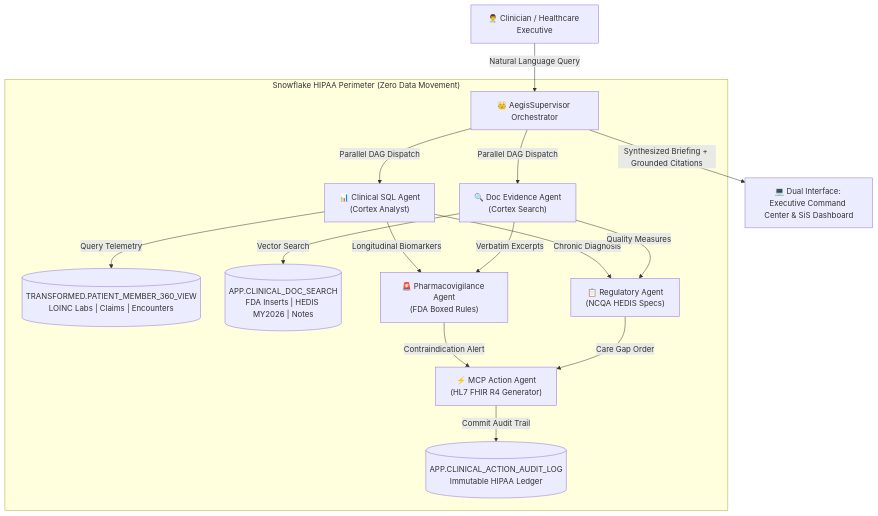
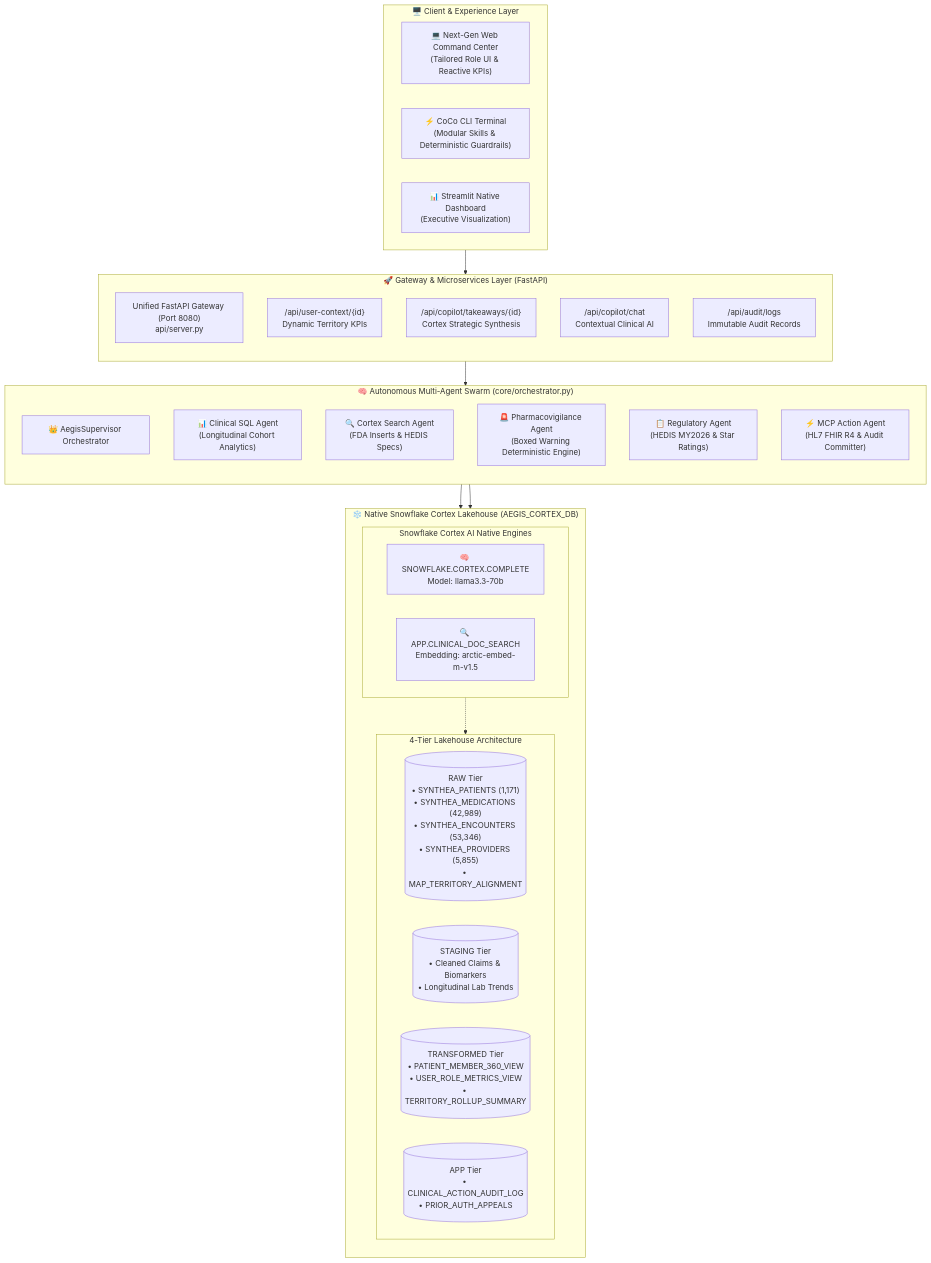
Before and after one commit to 5h1v4n5h/SNOW-COCO: the first of 2 diagrams in Readme.md, drawn with Mermaid. The commit also changed other lines of this file and 33 other files, not shown here.

Commit message:
feat: clean production release with multi-agent architecture, live demo, and deployment guide

````diff
--- a/Readme.md
+++ b/Readme.md
@@ -43,25 +45,48 @@
 ```mermaid
-graph TD
-    User["👨‍⚕️ Clinician / Healthcare Executive"] -->|"Natural Language Query"| Sup["👑 AegisSupervisor Orchestrator"]
-    
-    subgraph "Snowflake HIPAA Perimeter (Zero Data Movement)"
-        Sup -->|"Parallel DAG Dispatch"| SQL["📊 Clinical SQL Agent<br/>(Cortex Analyst)"]
-        Sup -->|"Parallel DAG Dispatch"| Doc["🔍 Doc Evidence Agent<br/>(Cortex Search)"]
-        
-        SQL -->|"Query Telemetry"| P360[("TRANSFORMED.PATIENT_MEMBER_360_VIEW<br/>LOINC Labs | Claims | Encounters")]
-        Doc -->|"Vector Search"| CS[("APP.CLINICAL_DOC_SEARCH<br/>FDA Inserts | HEDIS MY2026 | Notes")]
-        
-        SQL -->|"Longitudinal Biomarkers"| Safety["🚨 Pharmacovigilance Agent<br/>(FDA Boxed Rules)"]
-        Doc -->|"Verbatim Excerpts"| Safety
-        
-        SQL -->|"Chronic Diagnosis"| Reg["📋 Regulatory Agent<br/>(NCQA HEDIS Specs)"]
-        Doc -->|"Quality Measures"| Reg
-        
-        Safety -->|"Contraindication Alert"| MCP["⚡ MCP Action Agent<br/>(HL7 FHIR R4 Generator)"]
-        Reg -->|"Care Gap Order"| MCP
-        
-        MCP -->|"Commit Audit Trail"| Audit[("APP.CLINICAL_ACTION_AUDIT_LOG<br/>Immutable HIPAA Ledger")]
+flowchart TB
+    subgraph ClientLayer["🖥️ Client & Experience Layer"]
+        direction LR
+        WebUI["💻 Next-Gen Web Command Center<br/>(Tailored Role UI & Reactive KPIs)"]
+        CoCoCLI["⚡ CoCo CLI Terminal<br/>(Modular Skills & Deterministic Guardrails)"]
+        StreamlitUI["📊 Streamlit Native Dashboard<br/>(Executive Visualization)"]
     end
-    
-    Sup -->|"Synthesized Briefing + Grounded Citations"| UI["💻 Dual Interface: Executive Command Center & SiS Dashboard"]
+
+    subgraph APILayer["🚀 Gateway & Microservices Layer (FastAPI)"]
+        direction TB
+        APIServer["Unified FastAPI Gateway (Port 8080)<br/>api/server.py"]
+        RouteContext["/api/user-context/{id}<br/>Dynamic Territory KPIs"]
+        RouteTakeaways["/api/copilot/takeaways/{id}<br/>Cortex Strategic Synthesis"]
+        RouteChat["/api/copilot/chat<br/>Contextual Clinical AI"]
+        RouteAudit["/api/audit/logs<br/>Immutable Audit Records"]
+    end
+
+    subgraph MultiAgentLayer["🧠 Autonomous Multi-Agent Swarm (core/orchestrator.py)"]
+        direction TB
+        Supervisor["👑 AegisSupervisor Orchestrator"]
+        SQLAgent["📊 Clinical SQL Agent<br/>(Longitudinal Cohort Analytics)"]
+        DocAgent["🔍 Cortex Search Agent<br/>(FDA Inserts & HEDIS Specs)"]
+        SafetyAgent["🚨 Pharmacovigilance Agent<br/>(Boxed Warning Deterministic Engine)"]
+        RegAgent["📋 Regulatory Agent<br/>(HEDIS MY2026 & Star Ratings)"]
+        MCPAgent["⚡ MCP Action Agent<br/>(HL7 FHIR R4 & Audit Committer)"]
+    end
+
+    subgraph SnowflakeLayer["❄️ Native Snowflake Cortex Lakehouse (AEGIS_CORTEX_DB)"]
+        direction TB
+        subgraph DataLayers["4-Tier Lakehouse Architecture"]
+            RAW[("RAW Tier<br/>• SYNTHEA_PATIENTS (1,171)<br/>• SYNTHEA_MEDICATIONS (42,989)<br/>• SYNTHEA_ENCOUNTERS (53,346)<br/>• SYNTHEA_PROVIDERS (5,855)<br/>• MAP_TERRITORY_ALIGNMENT")]
+            STAGING[("STAGING Tier<br/>• Cleaned Claims & Biomarkers<br/>• Longitudinal Lab Trends")]
+            TRANSFORMED[("TRANSFORMED Tier<br/>• PATIENT_MEMBER_360_VIEW<br/>• USER_ROLE_METRICS_VIEW<br/>• TERRITORY_ROLLUP_SUMMARY")]
+            APP[("APP Tier<br/>• CLINICAL_ACTION_AUDIT_LOG<br/>• PRIOR_AUTH_APPEALS")]
+        end
+        subgraph CortexEngines["Snowflake Cortex AI Native Engines"]
+            CortexLLM["🧠 SNOWFLAKE.CORTEX.COMPLETE<br/>Model: llama3.3-70b"]
+            CortexSearch["🔍 APP.CLINICAL_DOC_SEARCH<br/>Embedding: arctic-embed-m-v1.5"]
+        end
+    end
+
+    ClientLayer --> APILayer
+    APILayer --> MultiAgentLayer
+    MultiAgentLayer --> CortexEngines
+    MultiAgentLayer --> DataLayers
+    CortexEngines -.-> DataLayers
 ```
````
